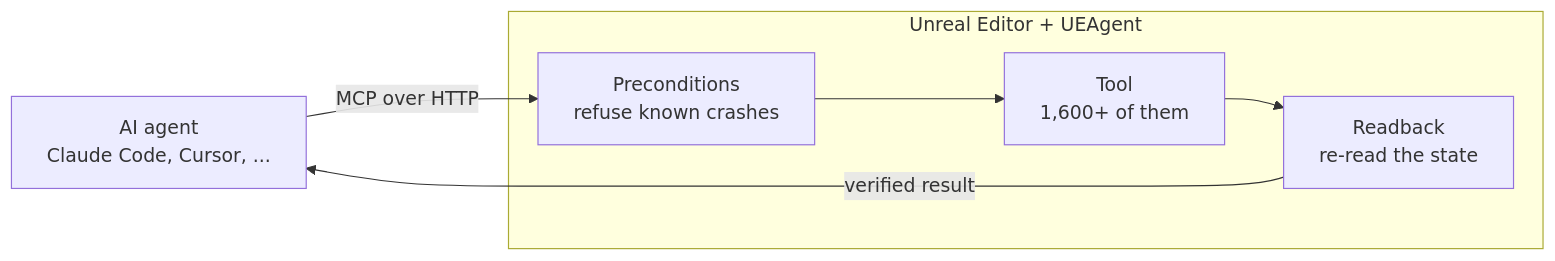
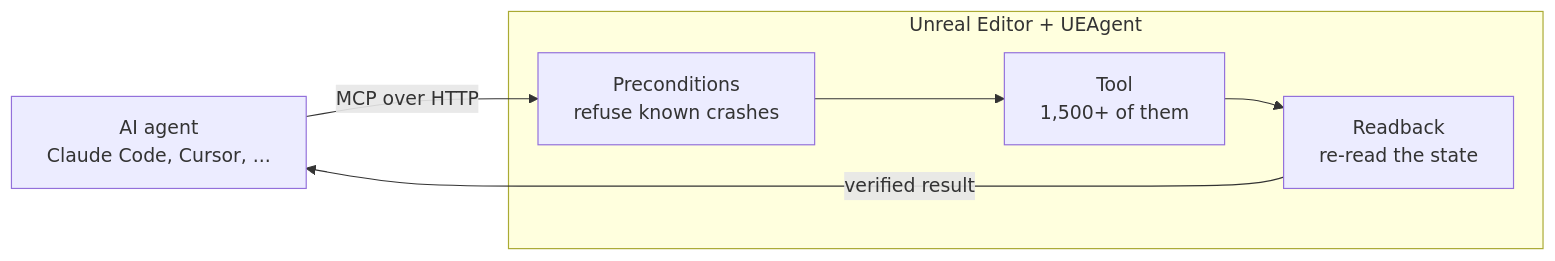
Before and after one commit to CarlxsMG/UEAgent: the diagram in README.md, drawn with Mermaid. The commit also changed other lines of this file and 130 other files, not shown here.

First line of the commit message:
UEAgent 2.5.0: a core tool list by default, one graph API, sub-object paths in the property tools

````diff
--- a/README.md
+++ b/README.md
@@ -50,8 +50,8 @@
 ```mermaid
 flowchart LR
     A["AI agent<br/>Claude Code, Cursor, ..."] -- "MCP over HTTP" --> P
     subgraph E["Unreal Editor + UEAgent"]
-        P["Preconditions<br/>refuse known crashes"] --> H["Tool<br/>1,600+ of them"] --> R["Readback<br/>re-read the state"]
+        P["Preconditions<br/>refuse known crashes"] --> H["Tool<br/>1,500+ of them"] --> R["Readback<br/>re-read the state"]
     end
     R -- "verified result" --> A
 ```
````
